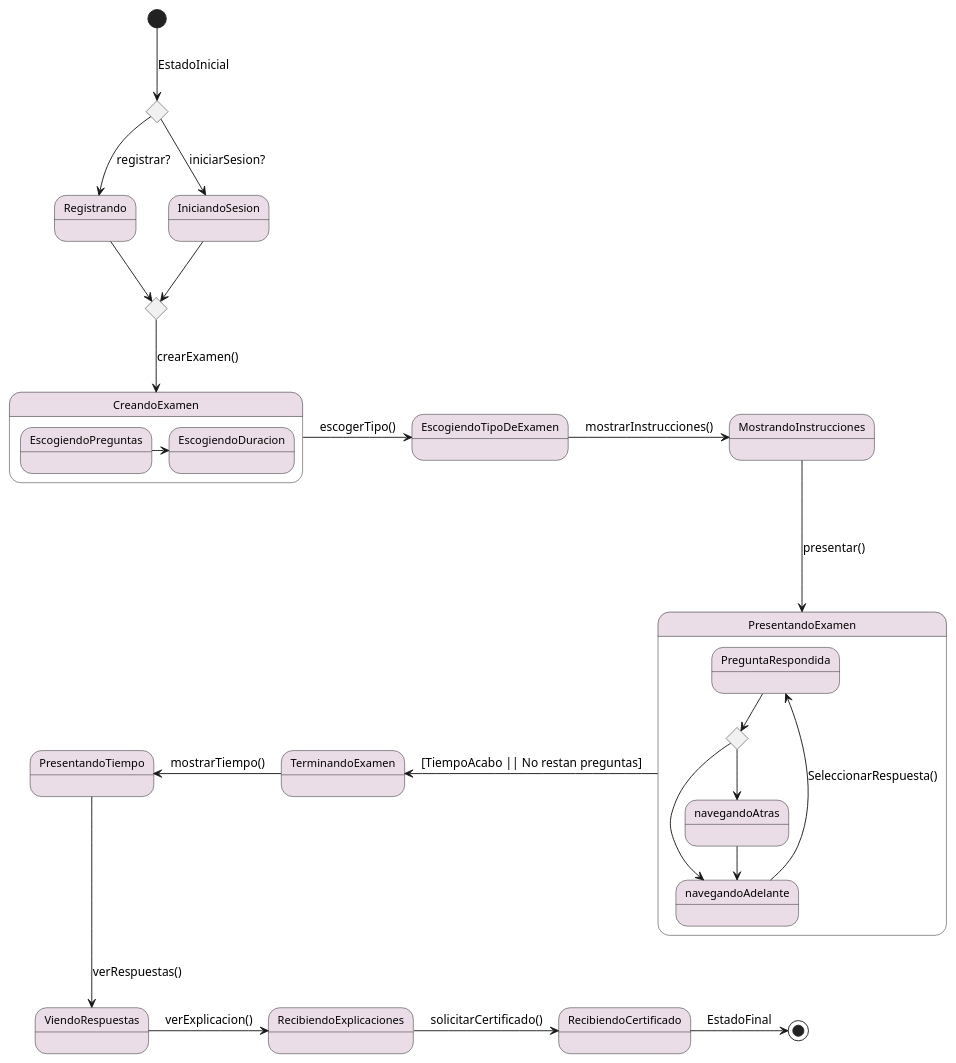
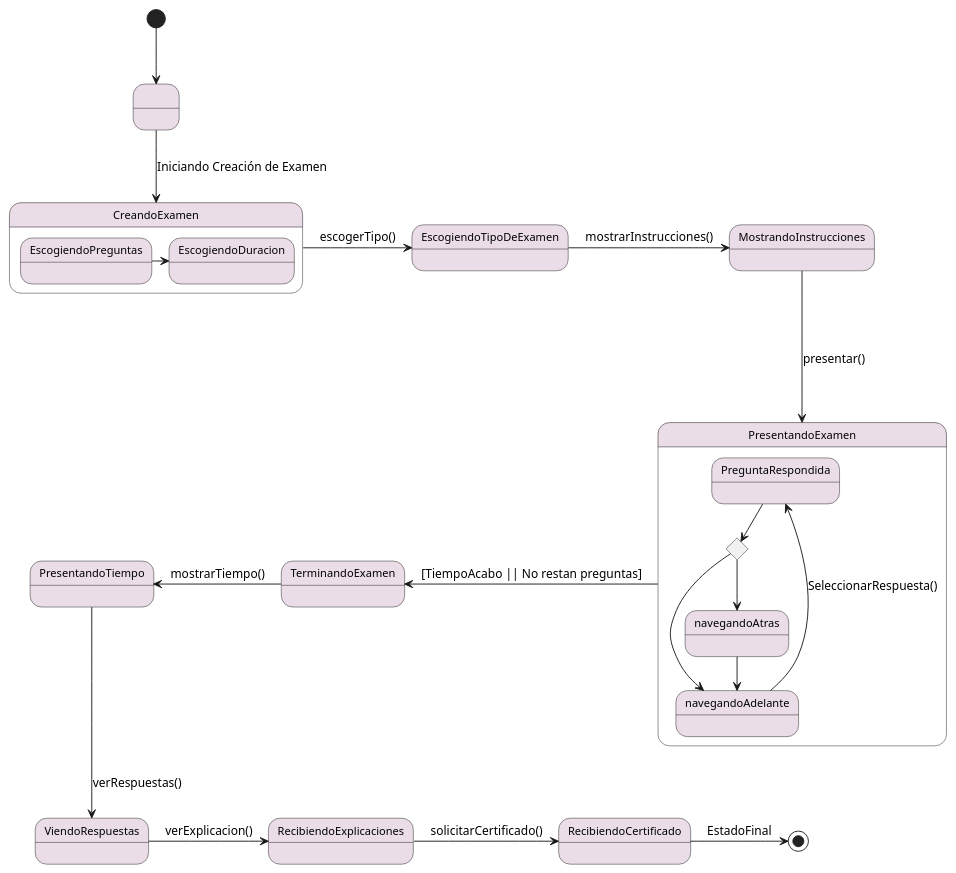
Before and after one commit to MiguelCiav/Uhuru: the diagram in docs/scenariosView/D_Estado.plantuml, drawn with PlantUML. The commit also changed 1 other file, not shown here.

Commit message:
Diagrama de Clases y Estado - Aprobado

```diff
--- a/docs/scenariosView/D_Estado.plantuml
+++ b/docs/scenariosView/D_Estado.plantuml
@@ -19,65 +19,57 @@
 @startuml estadop
 
 /' ESTILOS '/
 
 skinparam state{
     BackgroundColor #EADDE7
     FontSize 12
 }
 
-/' DECLARACIONES INICIALES '/
+state " " as Estado_Inicial
 
-state initialCondition <<choice>> 
-state finalCondition <<choice>>
+[*] --> Estado_Inicial
+Estado_Inicial --> CreandoExamen : Iniciando Creación de Examen
+
 
 /' DECLARACIONES CREANDO EXAMEN'/
 
 state CreandoExamen {
  state EscogiendoPreguntas
  state EscogiendoDuracion
 }
 
 /' DECLARACIONES PRESENTANDO EXAMEN '/
 
 state PresentandoExamen {
     state PreguntaRespondida
     state condicionPregunta <<choice>>
     state navegandoAdelante
     state navegandoAtras
 }
-
-/' ESTADO INICIAL '/
-
-[*] -d-> initialCondition: EstadoInicial
-initialCondition -d-> Registrando: registrar?
-initialCondition -d-> IniciandoSesion: iniciarSesion?
-Registrando -d-> finalCondition
-IniciandoSesion -d-> finalCondition
-finalCondition -d-> CreandoExamen: crearExamen()
 
 /' ESTADO CREANDO EXAMEN '/
 
 EscogiendoPreguntas -r-> EscogiendoDuracion
 CreandoExamen -r-> EscogiendoTipoDeExamen: escogerTipo()
 EscogiendoTipoDeExamen -r-> MostrandoInstrucciones: mostrarInstrucciones()
 MostrandoInstrucciones -d--> PresentandoExamen: presentar()
 
 /' ESTADO PRESENTANDO EXAMEN '/
 
 PreguntaRespondida --> condicionPregunta
 condicionPregunta --> navegandoAtras
 condicionPregunta --> navegandoAdelante
 navegandoAtras --> navegandoAdelante
 navegandoAdelante --> PreguntaRespondida : SeleccionarRespuesta()
 
 /' ESTADO TERMINANDO EXAMEN '/
 
 PresentandoExamen -l-> TerminandoExamen : [TiempoAcabo || No restan preguntas]
 
 TerminandoExamen -l-> PresentandoTiempo: mostrarTiempo()
 PresentandoTiempo -d-> ViendoRespuestas: verRespuestas()
 ViendoRespuestas -r-> RecibiendoExplicaciones: verExplicacion()
 RecibiendoExplicaciones -r-> RecibiendoCertificado: solicitarCertificado()
 RecibiendoCertificado -r-> [*]: EstadoFinal
 
 @enduml
```
